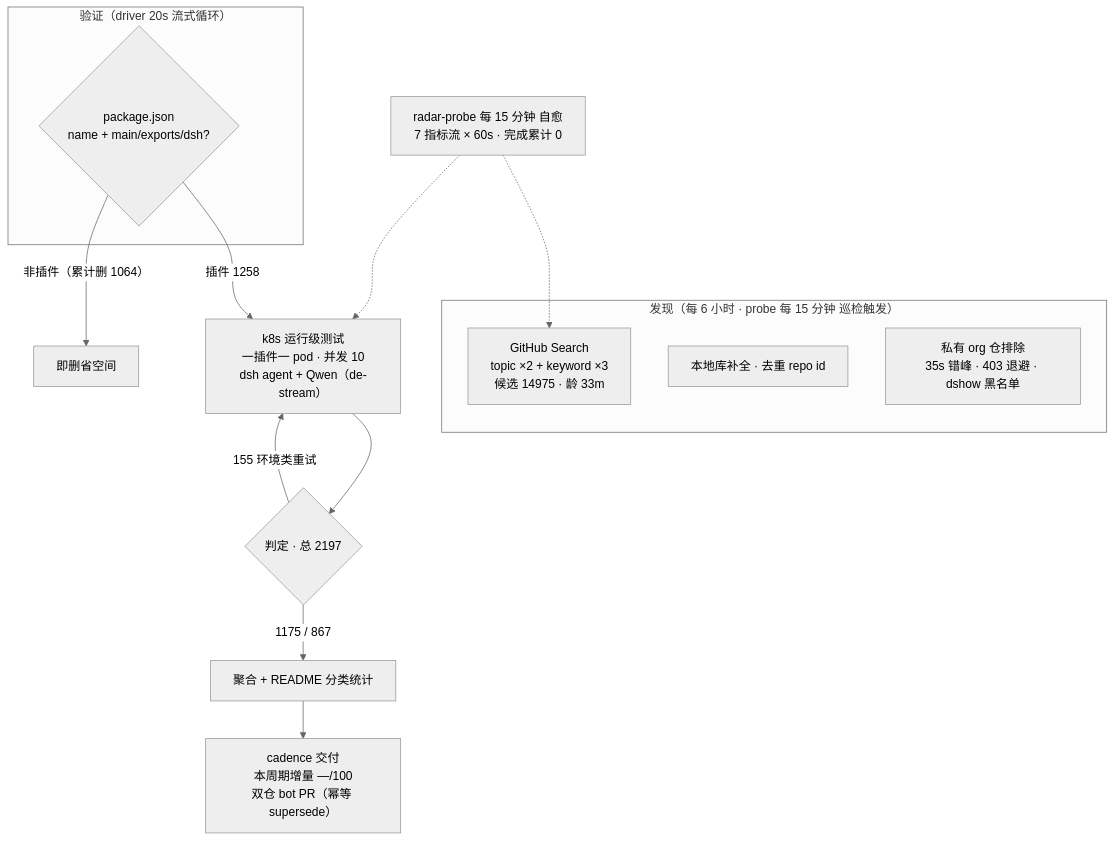
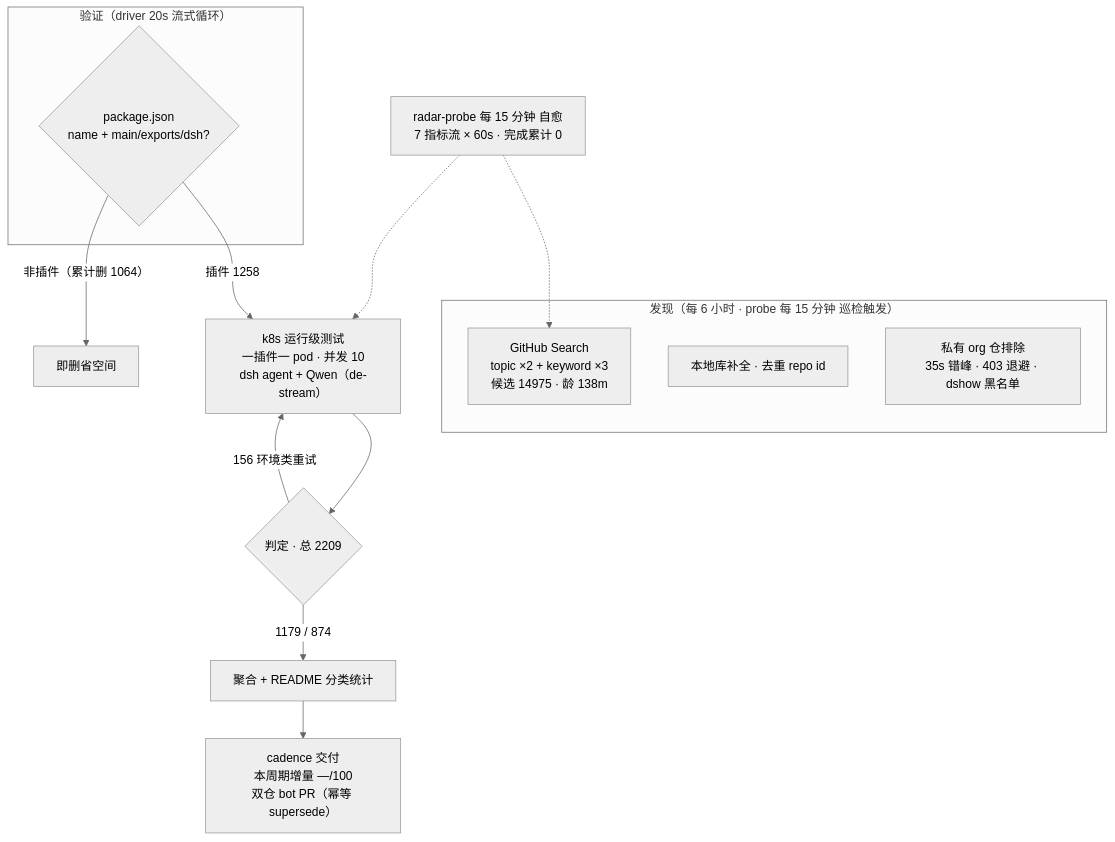
The diagram in README.md (Zhidao-Lab-OSS/awesome-dsh-plugins), drawn with Mermaid (neutral theme) before and after one commit. The commit also changed other lines of this file and 1 other file, not shown here.

````diff
--- a/README.md
+++ b/README.md
@@ -37,20 +37,20 @@
 ```mermaid
 flowchart TB
     subgraph Discovery["发现（每 6 小时 · probe 每 15 分钟 巡检触发）"]
-        A1["GitHub Search<br/>topic ×2 + keyword ×3<br/>候选 14975 · 龄 33m"]
+        A1["GitHub Search<br/>topic ×2 + keyword ×3<br/>候选 14975 · 龄 138m"]
         A2["本地库补全 · 去重 repo id"]
         A3["私有 org 仓排除<br/>35s 错峰 · 403 退避 · dshow 黑名单"]
     end
     subgraph Validation["验证（driver 20s 流式循环）"]
         B1{"package.json<br/>name + main/exports/dsh?"}
     end
     B1 -->|"插件 1258"| C1["k8s 运行级测试<br/>一插件一 pod · 并发 10<br/>dsh agent + Qwen（de-stream）"]
     B1 -->|"非插件（累计删 1064）"| B3["即删省空间"]
-    C1 --> D1{"判定 · 总 2197"}
-    D1 -->|"1175 / 867"| E1["聚合 + README 分类统计"]
-    D1 -->|"155 环境类重试"| C1
+    C1 --> D1{"判定 · 总 2209"}
+    D1 -->|"1179 / 874"| E1["聚合 + README 分类统计"]
+    D1 -->|"156 环境类重试"| C1
     E1 --> E2["cadence 交付<br/>本周期增量 —/100<br/>双仓 bot PR（幂等 supersede）"]
     M["radar-probe 每 15 分钟 自愈<br/>7 指标流 × 60s · 完成累计 0"]
     M -.-> A1
     M -.-> C1
 ```
````
